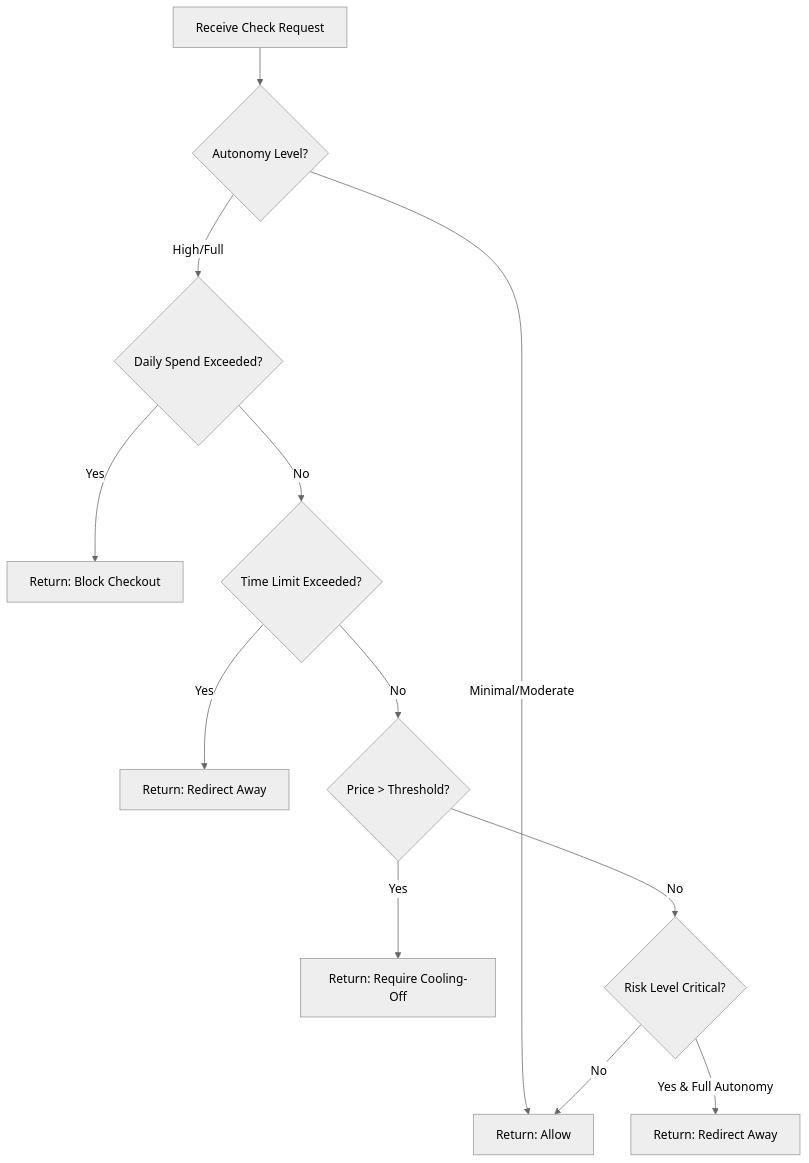
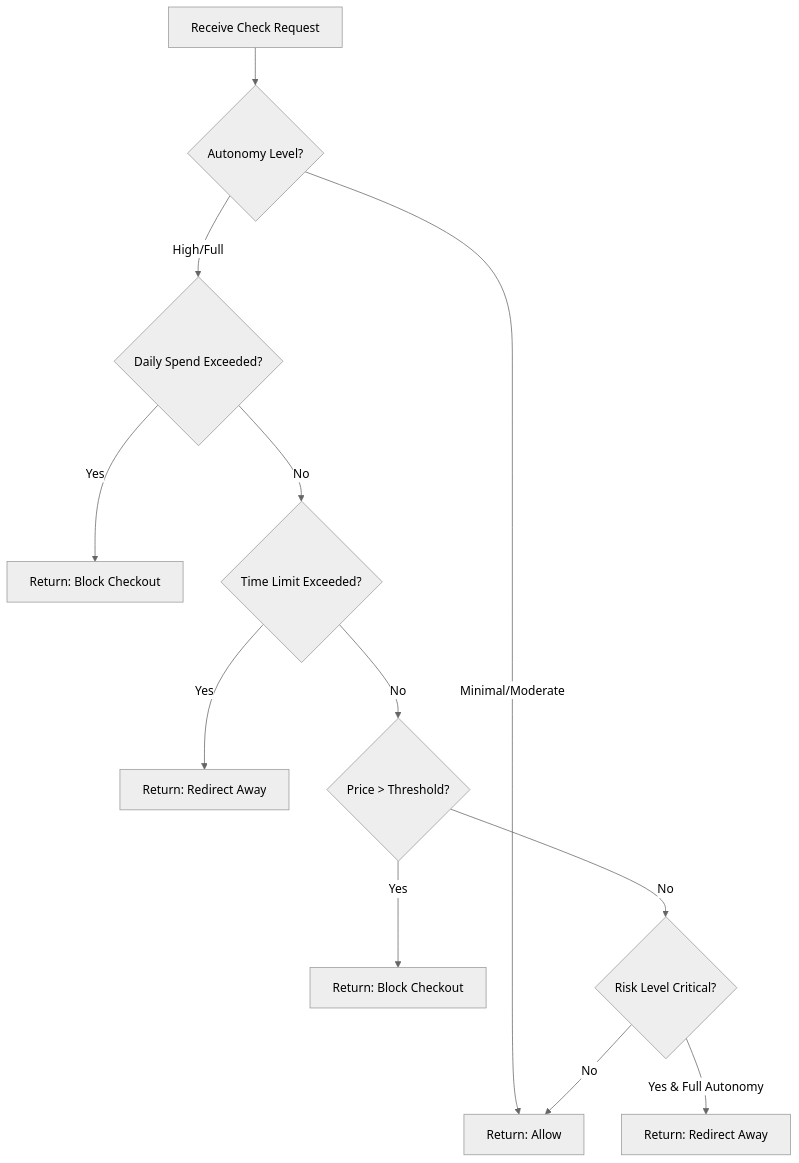
Before and after one commit to jmerich/mgmt8130: the eighth of 15 diagrams in docs/ARCHITECTURE.md, drawn with Mermaid (neutral theme). The commit also changed other lines of this file and 3 other files, not shown here.

````diff
--- a/docs/ARCHITECTURE.md
+++ b/docs/ARCHITECTURE.md
@@ -278,19 +278,19 @@
 ```mermaid
 flowchart TD
     A[Receive Check Request] --> B{Autonomy Level?}
 
     B -->|Minimal/Moderate| C[Return: Allow]
     B -->|High/Full| D{Daily Spend Exceeded?}
 
     D -->|Yes| E[Return: Block Checkout]
     D -->|No| F{Time Limit Exceeded?}
 
     F -->|Yes| G[Return: Redirect Away]
     F -->|No| H{Price > Threshold?}
 
-    H -->|Yes| I[Return: Require Cooling-Off]
+    H -->|Yes| I[Return: Block Checkout]
     H -->|No| J{Risk Level Critical?}
 
     J -->|Yes & Full Autonomy| K[Return: Redirect Away]
     J -->|No| C
 ```
````
